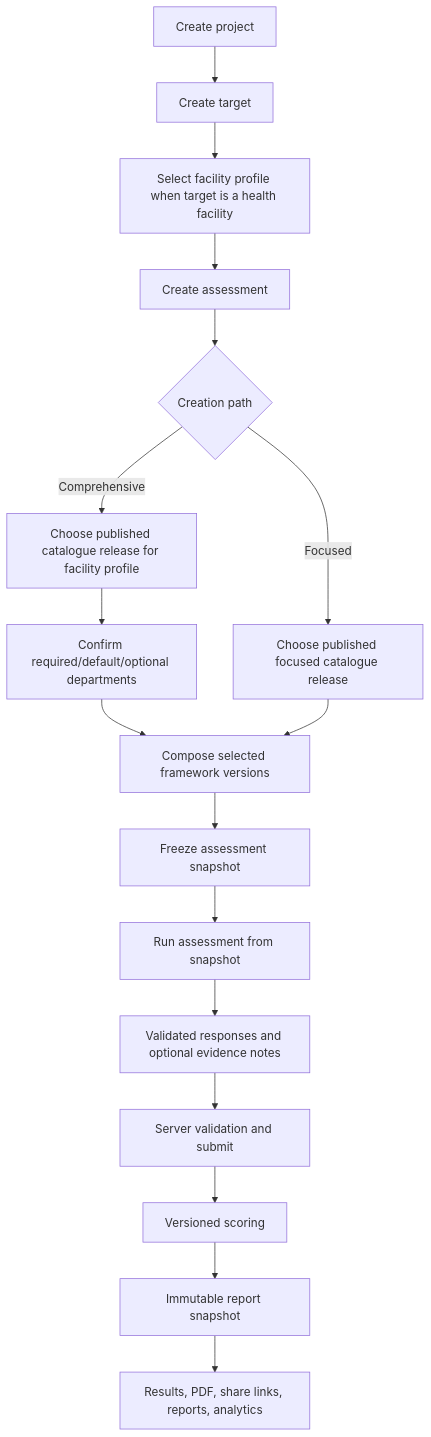
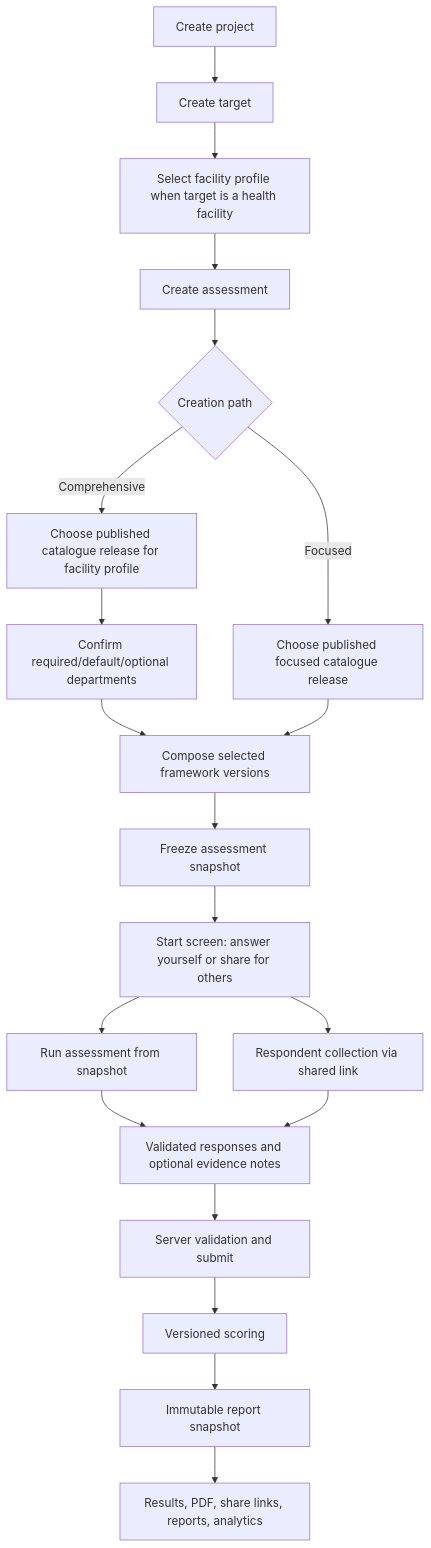
The diagram in docs/architecture/CURRENT_ASSESSMENT_FLOW.md (IsaacJootar/vytte), drawn with Mermaid before and after one commit. The commit also changed 6 other files, not shown here.

````diff
--- a/docs/architecture/CURRENT_ASSESSMENT_FLOW.md
+++ b/docs/architecture/CURRENT_ASSESSMENT_FLOW.md
@@ -9,22 +9,25 @@
 ```mermaid
 flowchart TD
     P[Create project] --> T[Create target]
     T --> FP[Select facility profile when target is a health facility]
     FP --> C[Create assessment]
     C --> PATH{Creation path}
 
     PATH -->|Comprehensive| CR[Choose published catalogue release for facility profile]
     CR --> DEP[Confirm required/default/optional departments]
     DEP --> COMP[Compose selected framework versions]
 
     PATH -->|Focused| FR[Choose published focused catalogue release]
     FR --> COMP
 
     COMP --> SN[Freeze assessment snapshot]
-    SN --> RUN[Run assessment from snapshot]
+    SN --> START[Start screen: answer yourself or share for others]
+    START --> RUN[Run assessment from snapshot]
+    START --> COLLECT[Respondent collection via shared link]
     RUN --> RESP[Validated responses and optional evidence notes]
+    COLLECT --> RESP
     RESP --> SUB[Server validation and submit]
     SUB --> SCORE[Versioned scoring]
     SCORE --> REP[Immutable report snapshot]
     REP --> OUT[Results, PDF, share links, reports, analytics]
 ```
````
